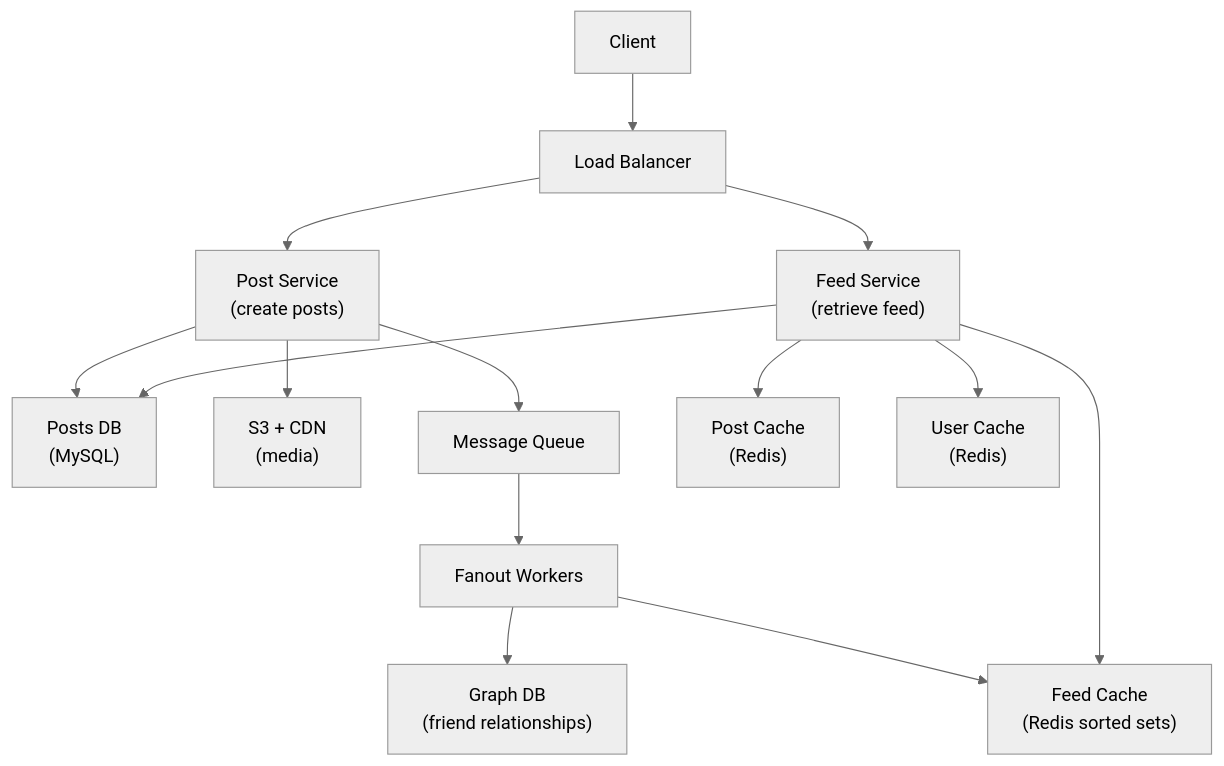
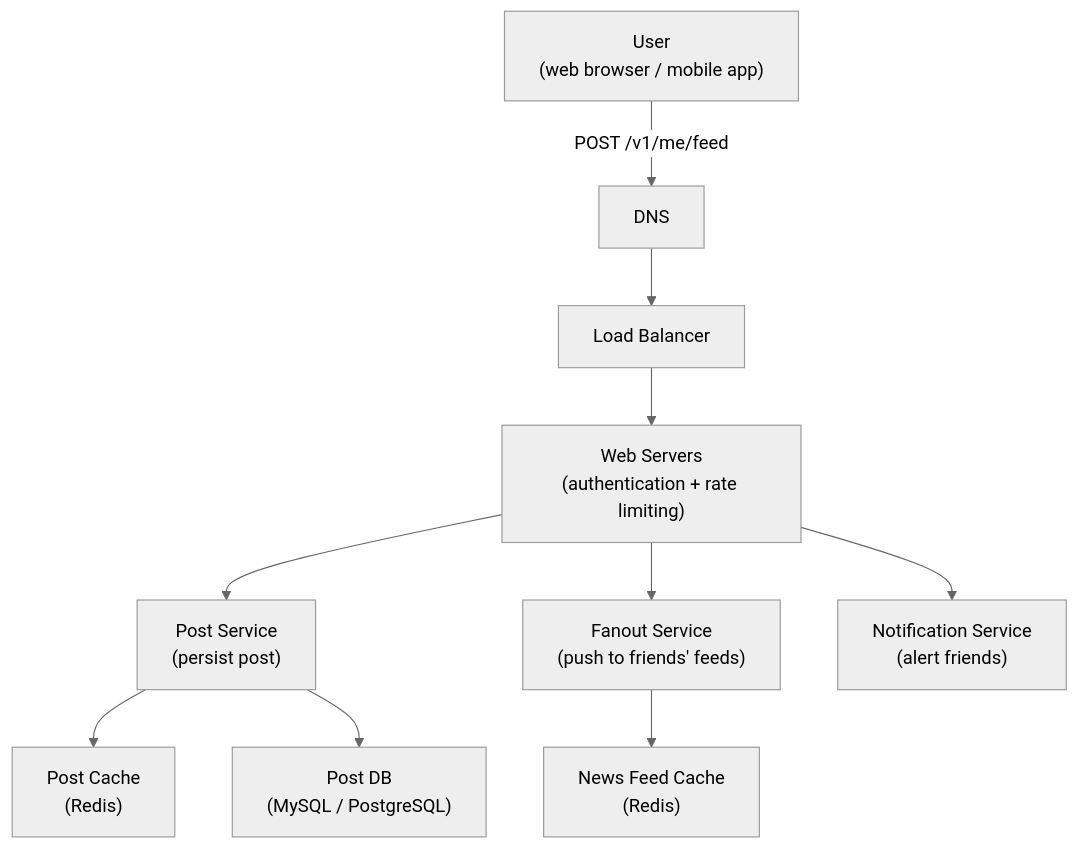
One commit to jaugustodev/software-engineering-content changed the first of 16 diagrams in system-design/system-design-interview-alex-xu/chapters/11-news-feed.md. Above: the diagram before and after it, drawn with Mermaid (neutral theme). The commit also changed other lines of this file, not shown here.

Commit message:
feat(docs): expand news feed system design chapter with detailed explanations of core concepts, architectural flows, and API specifications; enhance clarity and structure for better understanding

````diff
--- a/system-design/system-design-interview-alex-xu/chapters/11-news-feed.md
+++ b/system-design/system-design-interview-alex-xu/chapters/11-news-feed.md
@@ -38,19 +61,15 @@
 ```mermaid
 graph TD
-    Client["Client"] --> LB["Load Balancer"]
-    LB --> PostAPI["Post Service\n(create posts)"]
-    LB --> FeedAPI["Feed Service\n(retrieve feed)"]
+    User["User\n(web browser / mobile app)"] -->|POST /v1/me/feed| DNS["DNS"]
+    DNS --> LB["Load Balancer"]
+    LB --> WS["Web Servers\n(authentication + rate limiting)"]
 
-    PostAPI --> PostDB["Posts DB\n(MySQL)"]
-    PostAPI --> MediaStore["S3 + CDN\n(media)"]
-    PostAPI --> MQ["Message Queue"]
+    WS --> PostSvc["Post Service\n(persist post)"]
+    WS --> FanoutSvc["Fanout Service\n(push to friends' feeds)"]
+    WS --> NotifSvc["Notification Service\n(alert friends)"]
 
-    MQ --> FanoutWorker["Fanout Workers"]
-    FanoutWorker --> GraphDB["Graph DB\n(friend relationships)"]
-    FanoutWorker --> FeedCache["Feed Cache\n(Redis sorted sets)"]
+    PostSvc --> PostCache["Post Cache\n(Redis)"]
+    PostSvc --> PostDB["Post DB\n(MySQL / PostgreSQL)"]
 
-    FeedAPI --> FeedCache
-    FeedAPI --> PostCache["Post Cache\n(Redis)"]
-    FeedAPI --> UserCache["User Cache\n(Redis)"]
-    FeedAPI --> PostDB
+    FanoutSvc --> NewsFeedCache["News Feed Cache\n(Redis)"]
 ```
````
